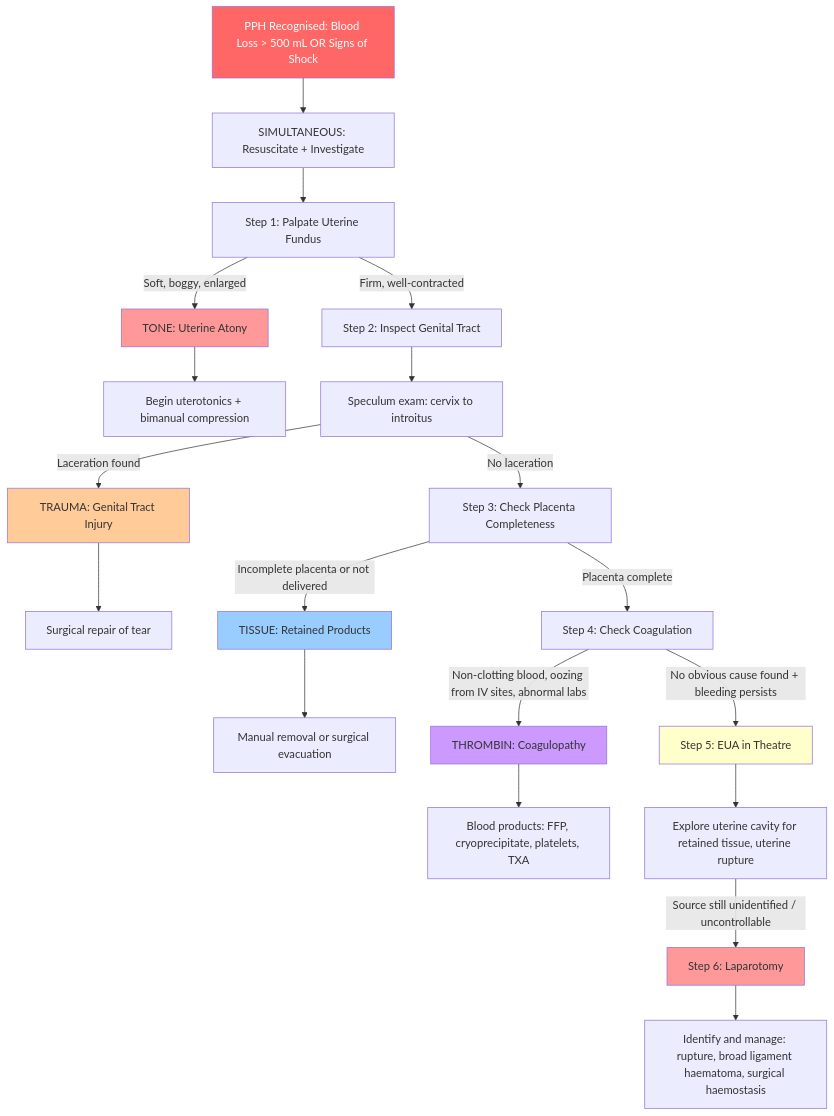
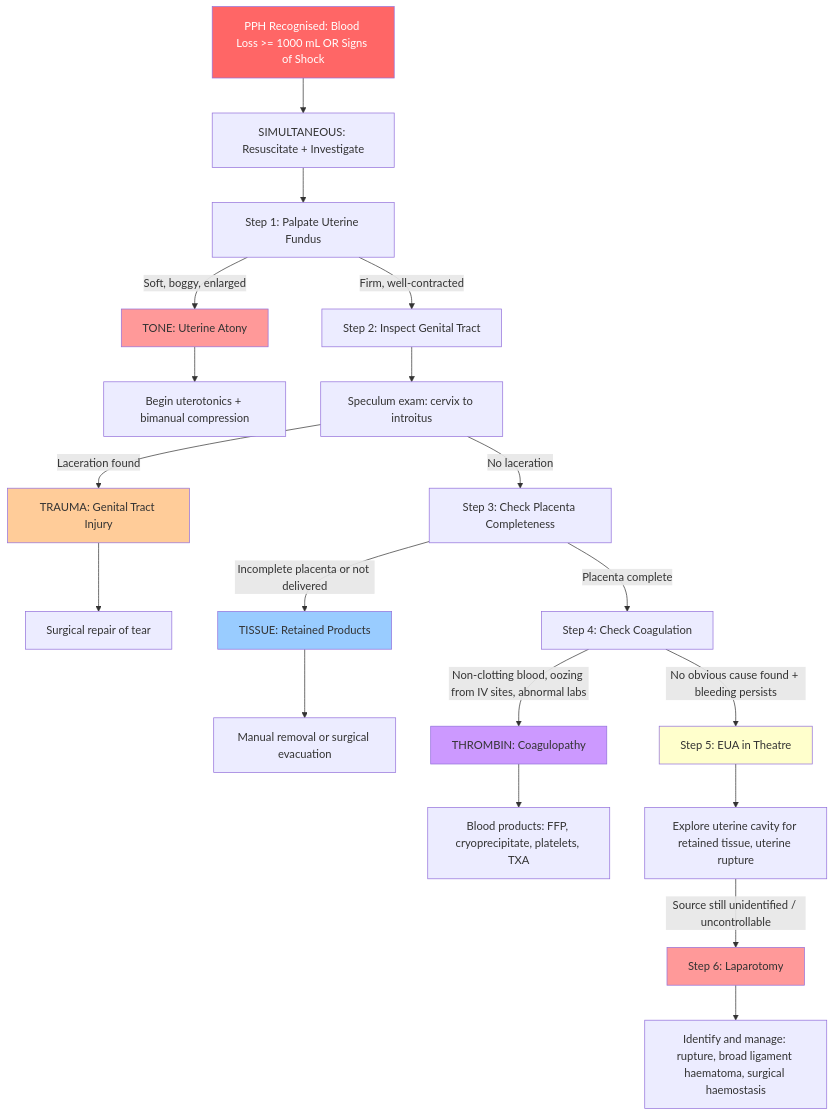
One commit to techjason/mbbspedia changed the first of 2 diagrams in content/fragments/obstetrics-and-gynecology/postpartum-hemorrhage/dx.mdx. Above: the diagram before and after it, drawn with Mermaid. The commit also changed other lines of this file and 54 other files, not shown here.

````diff
--- a/content/fragments/obstetrics-and-gynecology/postpartum-hemorrhage/dx.mdx
+++ b/content/fragments/obstetrics-and-gynecology/postpartum-hemorrhage/dx.mdx
@@ -46,29 +46,29 @@
 ```mermaid
 graph TD
-    A["PPH Recognised: Blood Loss > 500 mL OR Signs of Shock"] --> B["SIMULTANEOUS: Resuscitate + Investigate"]
+    A["PPH Recognised: Blood Loss >= 1000 mL OR Signs of Shock"] --> B["SIMULTANEOUS: Resuscitate + Investigate"]
     B --> C["Step 1: Palpate Uterine Fundus"]
     C -->|"Soft, boggy, enlarged"| D["TONE: Uterine Atony"]
     D --> D1["Begin uterotonics + bimanual compression"]
     C -->|"Firm, well-contracted"| E["Step 2: Inspect Genital Tract"]
     E --> E1["Speculum exam: cervix to introitus"]
     E1 -->|"Laceration found"| F["TRAUMA: Genital Tract Injury"]
     F --> F1["Surgical repair of tear"]
     E1 -->|"No laceration"| G["Step 3: Check Placenta Completeness"]
     G -->|"Incomplete placenta or not delivered"| H["TISSUE: Retained Products"]
     H --> H1["Manual removal or surgical evacuation"]
     G -->|"Placenta complete"| I["Step 4: Check Coagulation"]
     I -->|"Non-clotting blood, oozing from IV sites, abnormal labs"| J["THROMBIN: Coagulopathy"]
     J --> J1["Blood products: FFP, cryoprecipitate, platelets, TXA"]
     I -->|"No obvious cause found + bleeding persists"| K["Step 5: EUA in Theatre"]
     K --> K1["Explore uterine cavity for retained tissue, uterine rupture"]
     K1 -->|"Source still unidentified / uncontrollable"| L["Step 6: Laparotomy"]
     L --> L1["Identify and manage: rupture, broad ligament haematoma, surgical haemostasis"]
     
     style A fill:#ff6666,color:#fff
     style D fill:#ff9999
     style F fill:#ffcc99
     style H fill:#99ccff
     style J fill:#cc99ff
     style K fill:#ffffcc
     style L fill:#ff9999
 ```
````
